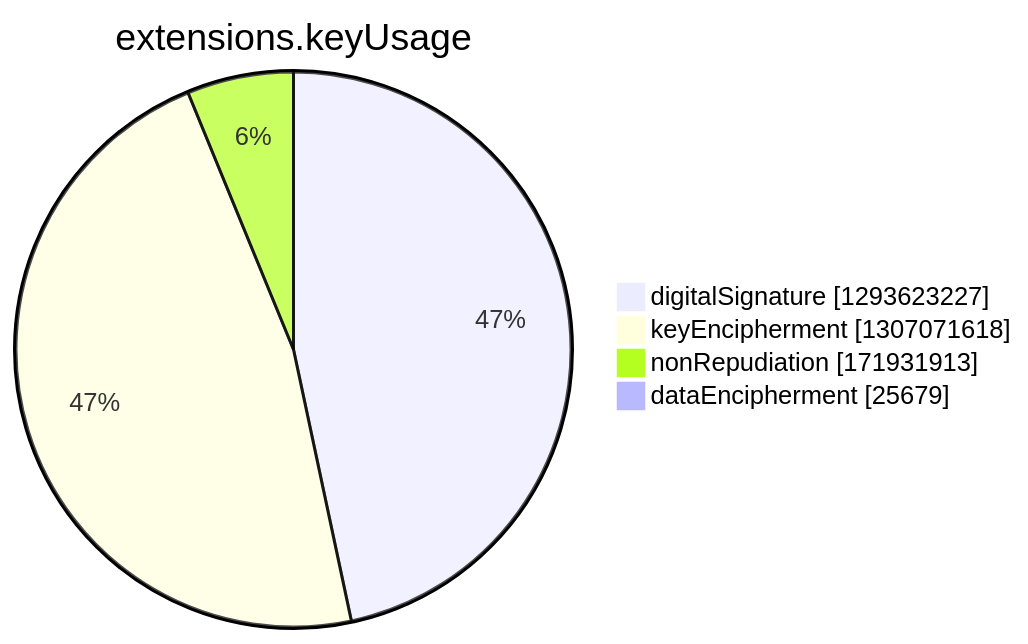
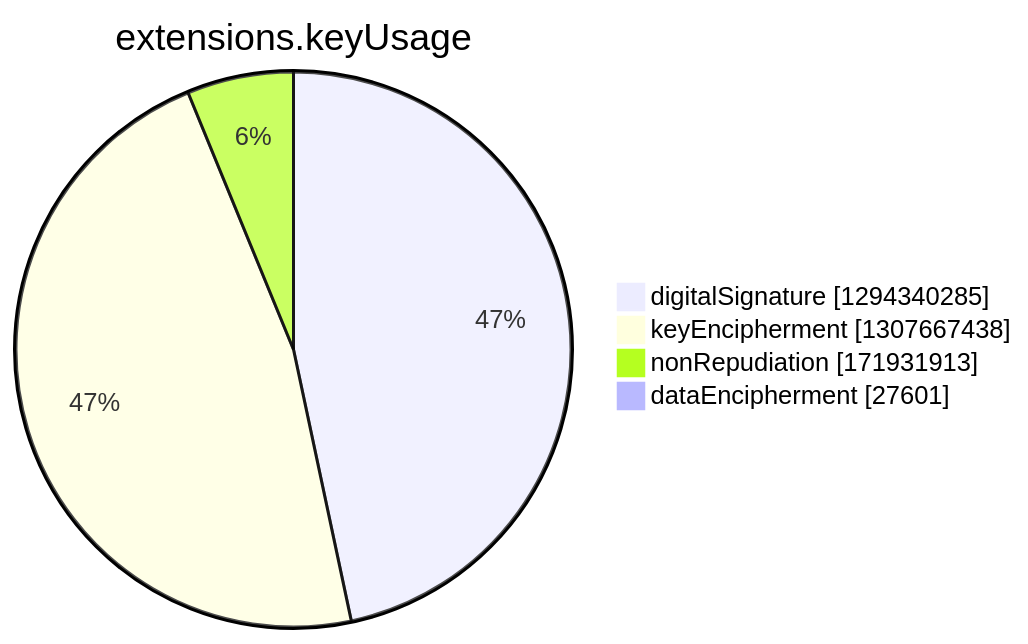
One commit to christiankrug/ctmonitor_visualization changed the seventh of 15 diagrams in argon2022/README.md. Above: the diagram before and after it, drawn with Mermaid. The commit also changed other lines of this file, not shown here.

````diff
--- a/argon2022/README.md
+++ b/argon2022/README.md
@@ -2749,8 +2749,8 @@
 ```mermaid
 pie showData
 title extensions.keyUsage
-"digitalSignature" :1293623227
-"keyEncipherment" :1307071618
+"digitalSignature" :1294340285
+"keyEncipherment" :1307667438
 "nonRepudiation" :171931913
-"dataEncipherment" :25679
+"dataEncipherment" :27601
 ```
````
